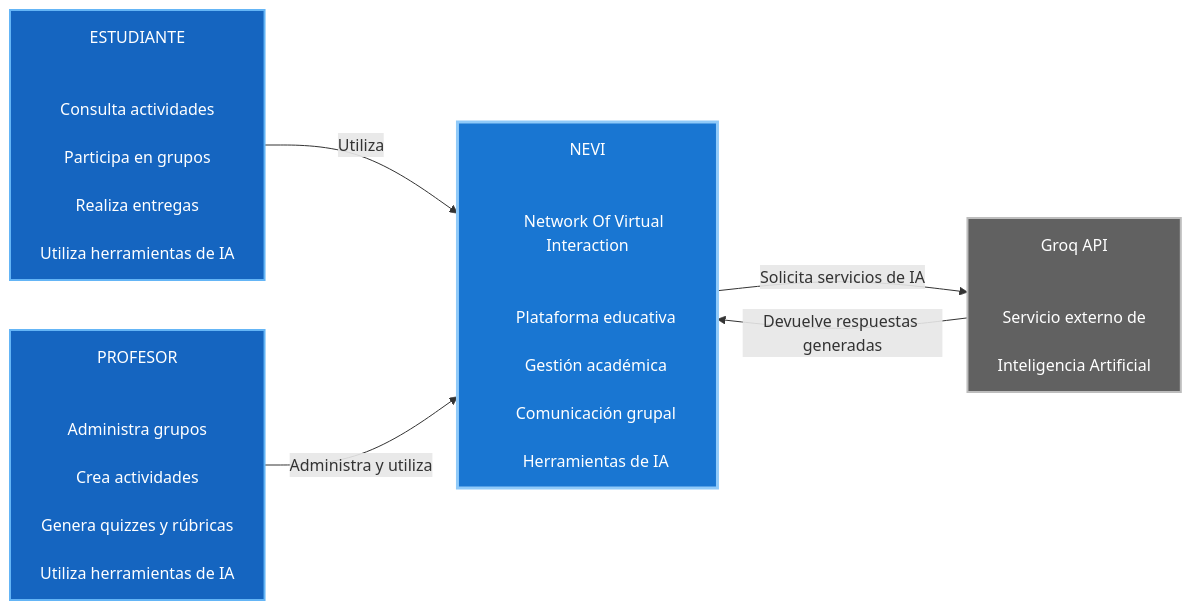
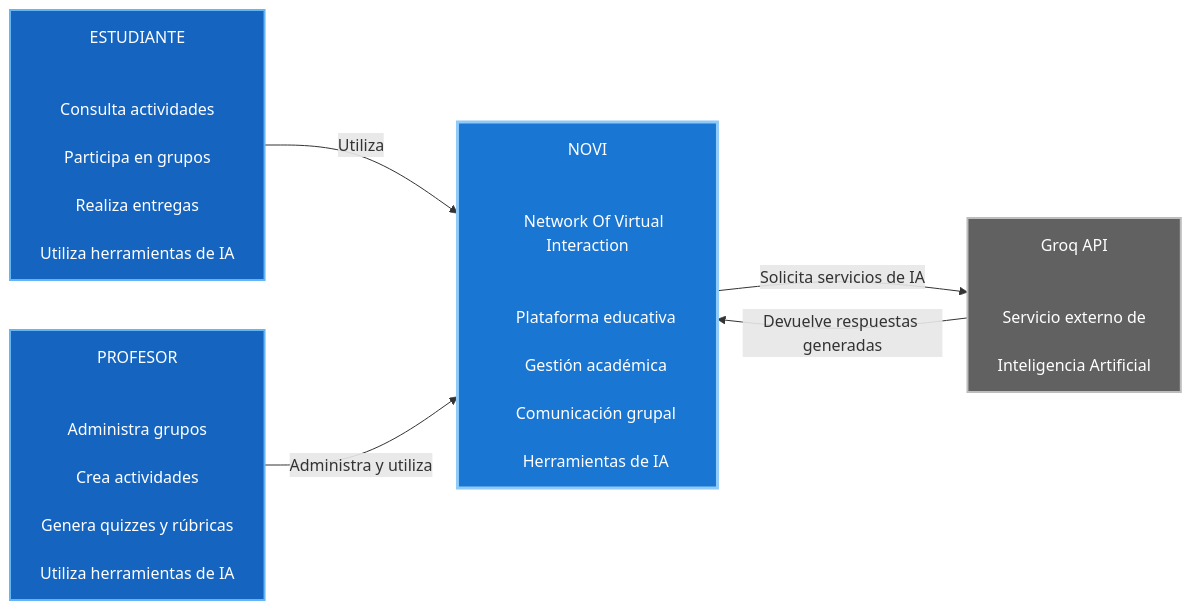
The diagram in dossier/05-c4-contexto.md (pinzon0930-boop/NEVI), drawn with Mermaid before and after one commit. The commit also changed other lines of this file, not shown here.

````diff
--- a/dossier/05-c4-contexto.md
+++ b/dossier/05-c4-contexto.md
@@ -152,40 +172,40 @@
 ```mermaid
 flowchart LR
 
     EST["ESTUDIANTE<br/><br/>
     Consulta actividades<br/>
     Participa en grupos<br/>
     Realiza entregas<br/>
     Utiliza herramientas de IA"]
 
     PROF["PROFESOR<br/><br/>
     Administra grupos<br/>
     Crea actividades<br/>
     Genera quizzes y rúbricas<br/>
     Utiliza herramientas de IA"]
 
-    NEVI["NEVI<br/><br/>
+    NOVI["NOVI<br/><br/>
     Network Of Virtual Interaction<br/><br/>
     Plataforma educativa<br/>
     Gestión académica<br/>
     Comunicación grupal<br/>
     Herramientas de IA"]
 
     GROQ["Groq API<br/><br/>
     Servicio externo de<br/>
     Inteligencia Artificial"]
 
-    EST -->|"Utiliza"| NEVI
-    PROF -->|"Administra y utiliza"| NEVI
+    EST -->|"Utiliza"| NOVI
+    PROF -->|"Administra y utiliza"| NOVI
 
-    NEVI -->|"Solicita servicios de IA"| GROQ
-    GROQ -->|"Devuelve respuestas generadas"| NEVI
+    NOVI -->|"Solicita servicios de IA"| GROQ
+    GROQ -->|"Devuelve respuestas generadas"| NOVI
 
     classDef person fill:#1565C0,stroke:#64B5F6,color:#FFFFFF,stroke-width:2px;
     classDef system fill:#1976D2,stroke:#90CAF9,color:#FFFFFF,stroke-width:3px;
     classDef external fill:#616161,stroke:#BDBDBD,color:#FFFFFF,stroke-width:2px;
 
     class EST,PROF person;
-    class NEVI system;
+    class NOVI system;
     class GROQ external;
 ```
````
